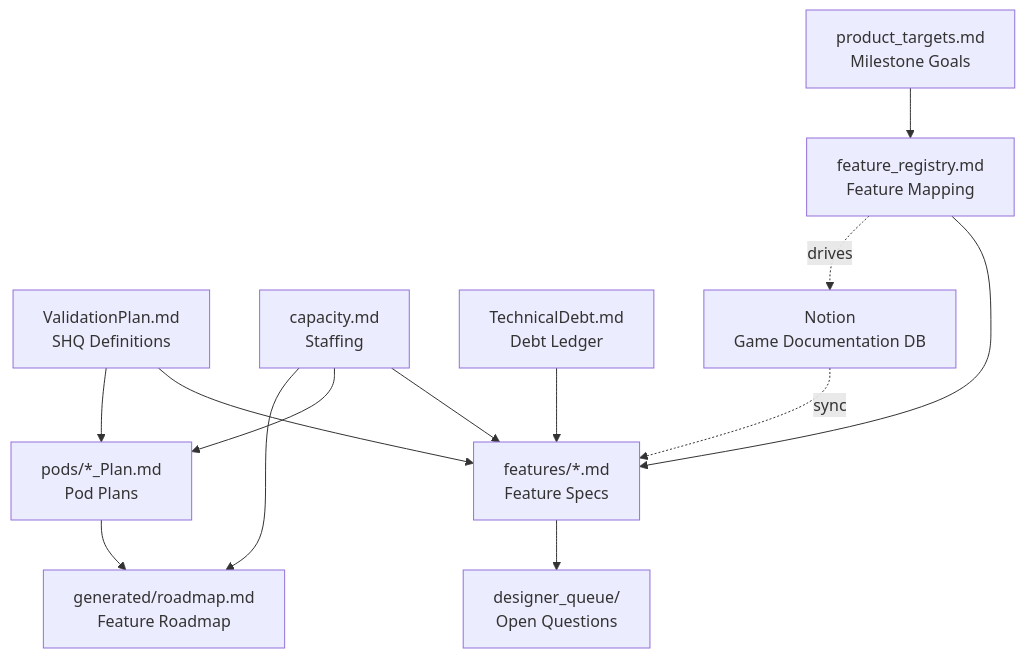
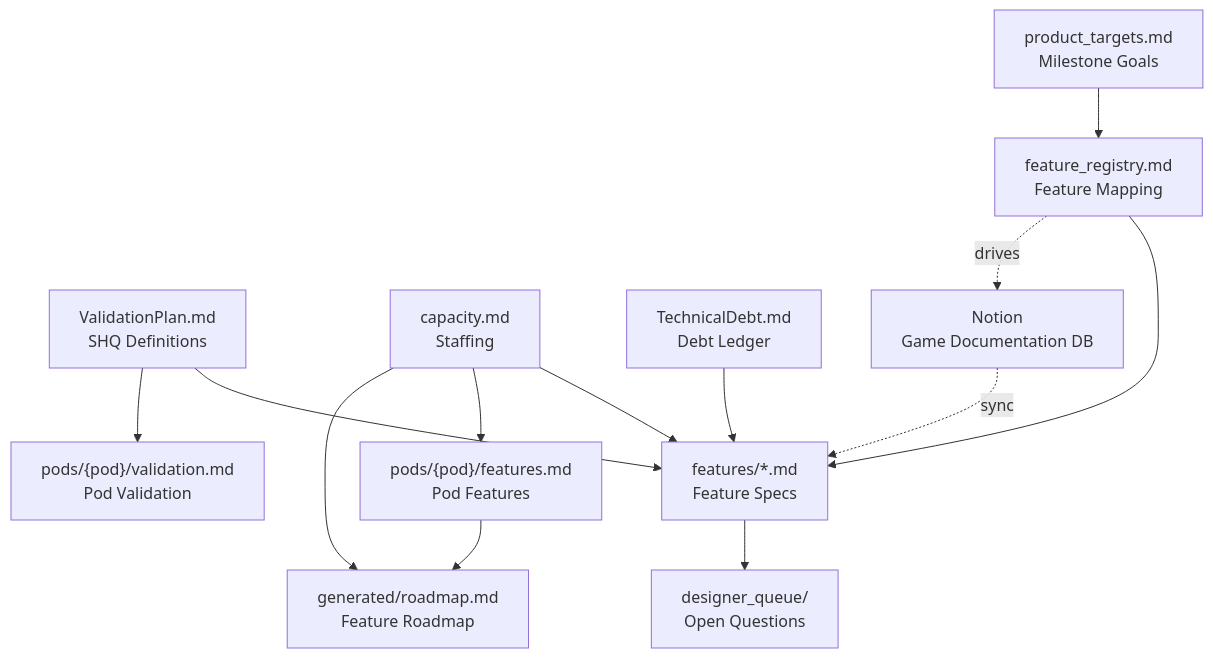
Before and after one commit to timwilliams-prod/proj-chimera-documentation-brain: the second of 2 diagrams in project-charter.md, drawn with Mermaid. The commit also changed other lines of this file and 50 other files, not shown here.

````diff
--- a/project-charter.md
+++ b/project-charter.md
@@ -246,16 +247,16 @@
 ```mermaid
 graph TD
     PT[product_targets.md<br/>Milestone Goals] --> FR[feature_registry.md<br/>Feature Mapping]
     FR --> FS[features/*.md<br/>Feature Specs]
     VP[ValidationPlan.md<br/>SHQ Definitions] --> FS
-    VP --> PP[pods/*_Plan.md<br/>Pod Plans]
+    VP --> PV["pods/{pod}/validation.md<br/>Pod Validation"]
     CAP[capacity.md<br/>Staffing] --> FS
-    CAP --> PP
+    CAP --> PF["pods/{pod}/features.md<br/>Pod Features"]
     CAP --> RD[generated/roadmap.md<br/>Feature Roadmap]
-    PP --> RD
+    PF --> RD
     FS --> DQ[designer_queue/<br/>Open Questions]
     TD[TechnicalDebt.md<br/>Debt Ledger] --> FS
 
     NOTION[Notion<br/>Game Documentation DB] -.sync.-> FS
     FR -.drives.-> NOTION
 ```
````
